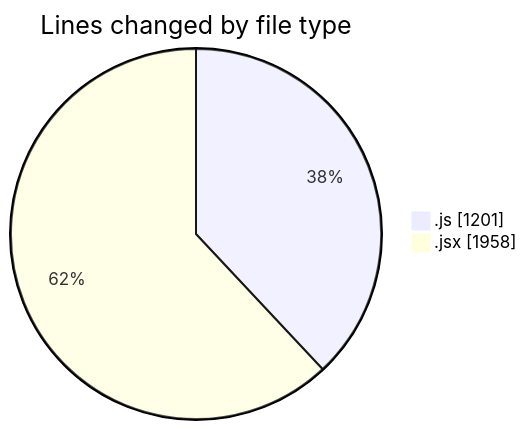
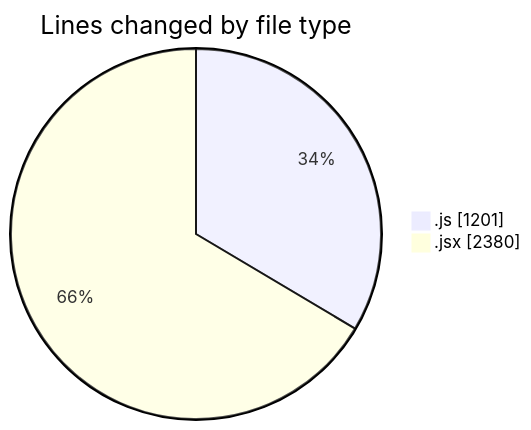
Before and after one commit to nxtqubesakshisongat/code-tracking: the first of 2 diagrams in 2025-10-10/nxtqube_webapp/README.md, drawn with Mermaid. The commit also changed other lines of this file and 1 other file, not shown here.

````diff
--- a/2025-10-10/nxtqube_webapp/README.md
+++ b/2025-10-10/nxtqube_webapp/README.md
@@ -22,6 +23,6 @@
 ```mermaid
 pie showData
 title Lines changed by file type
 ".js" : 1201
-".jsx" : 1958
+".jsx" : 2380
 ```
````
